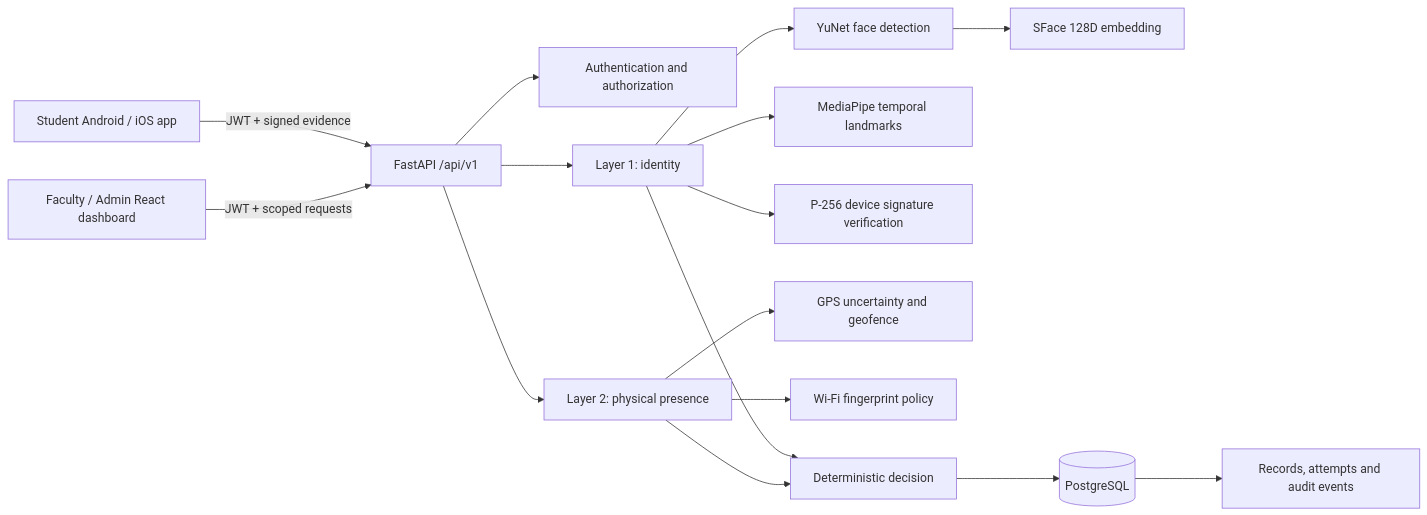
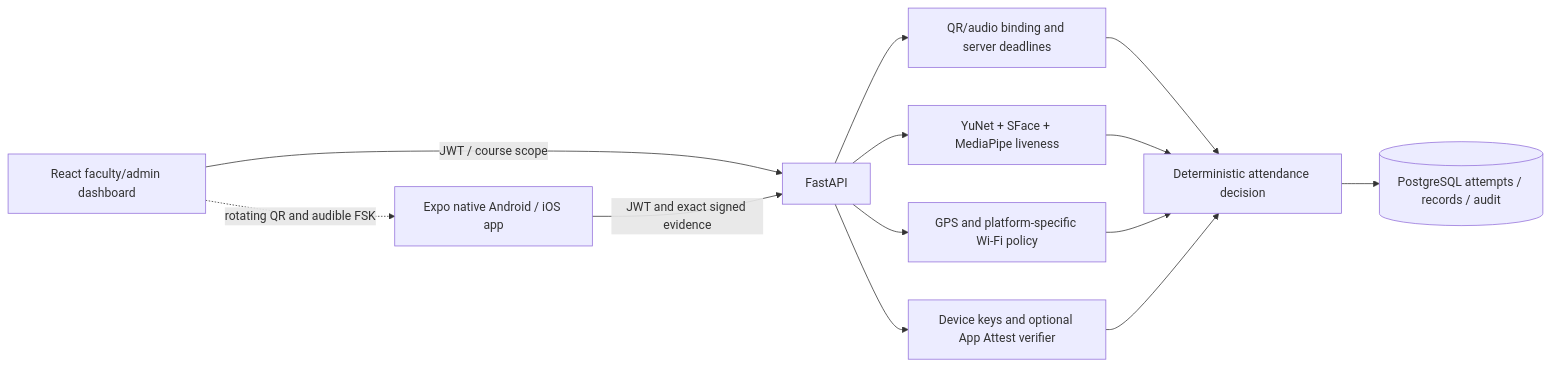
Before and after one commit to Anishpantham/Secure-Presence-Verification-System-SVPS---Attendance-Software: the first of 3 diagrams in docs/SYSTEM_ARCHITECTURE.md, drawn with Mermaid. The commit also changed other lines of this file and 57 other files, not shown here.

````diff
--- a/docs/SYSTEM_ARCHITECTURE.md
+++ b/docs/SYSTEM_ARCHITECTURE.md
@@ -18,18 +6,15 @@
 ```mermaid
 flowchart LR
-  Student[Student Android / iOS app] -->|JWT + signed evidence| API[FastAPI /api/v1]
-  Staff[Faculty / Admin React dashboard] -->|JWT + scoped requests| API
-  API --> Auth[Authentication and authorization]
-  API --> Identity[Layer 1: identity]
-  Identity --> YuNet[YuNet face detection]
-  YuNet --> SFace[SFace 128D embedding]
-  Identity --> Mesh[MediaPipe temporal landmarks]
-  Identity --> Device[P-256 device signature verification]
-  API --> Presence[Layer 2: physical presence]
-  Presence --> GPS[GPS uncertainty and geofence]
-  Presence --> WiFi[Wi-Fi fingerprint policy]
-  Identity --> Decision[Deterministic decision]
-  Presence --> Decision
-  Decision --> DB[(PostgreSQL)]
-  DB --> Audit[Records, attempts and audit events]
+  D[React faculty/admin dashboard] -->|JWT / course scope| A[FastAPI]
+  D -. rotating QR and audible FSK .-> M[Expo native Android / iOS app]
+  M -->|JWT and exact signed evidence| A
+  A --> C[QR/audio binding and server deadlines]
+  A --> I[YuNet + SFace + MediaPipe liveness]
+  A --> P[GPS and platform-specific Wi-Fi policy]
+  A --> K[Device keys and optional App Attest verifier]
+  C --> E[Deterministic attendance decision]
+  I --> E
+  P --> E
+  K --> E
+  E --> DB[(PostgreSQL attempts / records / audit)]
 ```
````
